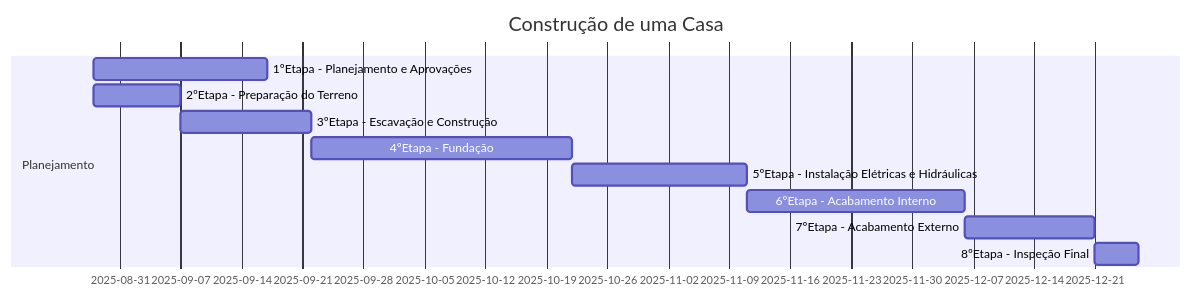
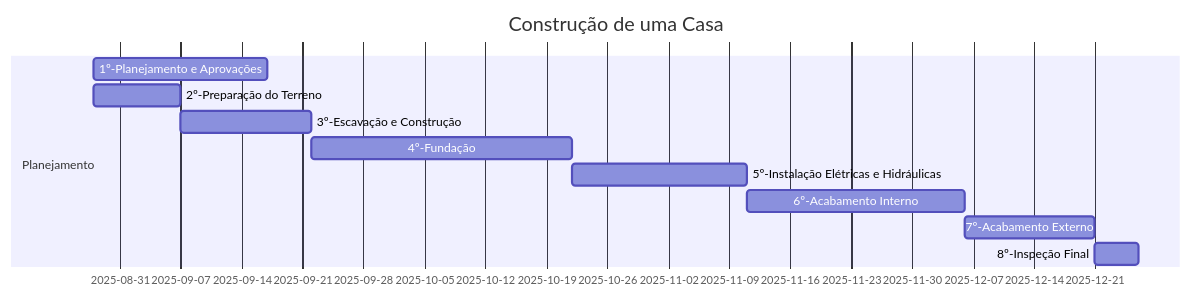
One commit to AnandaMazine/Grafico-Gantt changed the diagram in README.md. Above: the diagram before and after it, drawn with Mermaid.

````diff
--- a/README.md
+++ b/README.md
@@ -1,15 +1,15 @@
 ```mermaid
 gantt
 title Construção de uma Casa
 dateFormat YYYY-MM-DD
 section Planejamento
-1ºEtapa - Planejamento e Aprovações:active pa, 2025-08-28, 20d
-2ºEtapa - Preparação do Terreno: pt, after pa, 10d
-3ºEtapa - Escavação e Construção:ec, after pt, 15d
-4ºEtapa - Fundação:fu, after ec, 30d
-5ºEtapa - Instalação Elétricas e Hidráulicas:eh, after fu, 20d
-6ºEtapa - Acabamento Interno:ai, after eh, 25d
-7ºEtapa - Acabamento Externo:ae, after ai, 15d
-8ºEtapa - Inspeção Final:if, after ae, 5d
+1º-Planejamento e Aprovações:active pa, 2025-08-28, 20d
+2º-Preparação do Terreno: pt, after pa, 10d
+3º-Escavação e Construção:ec, after pt, 15d
+4º-Fundação:fu, after ec, 30d
+5º-Instalação Elétricas e Hidráulicas:eh, after fu, 20d
+6º-Acabamento Interno:ai, after eh, 25d
+7º-Acabamento Externo:ae, after ai, 15d
+8º-Inspeção Final:if, after ae, 5d
 
 ```
````
